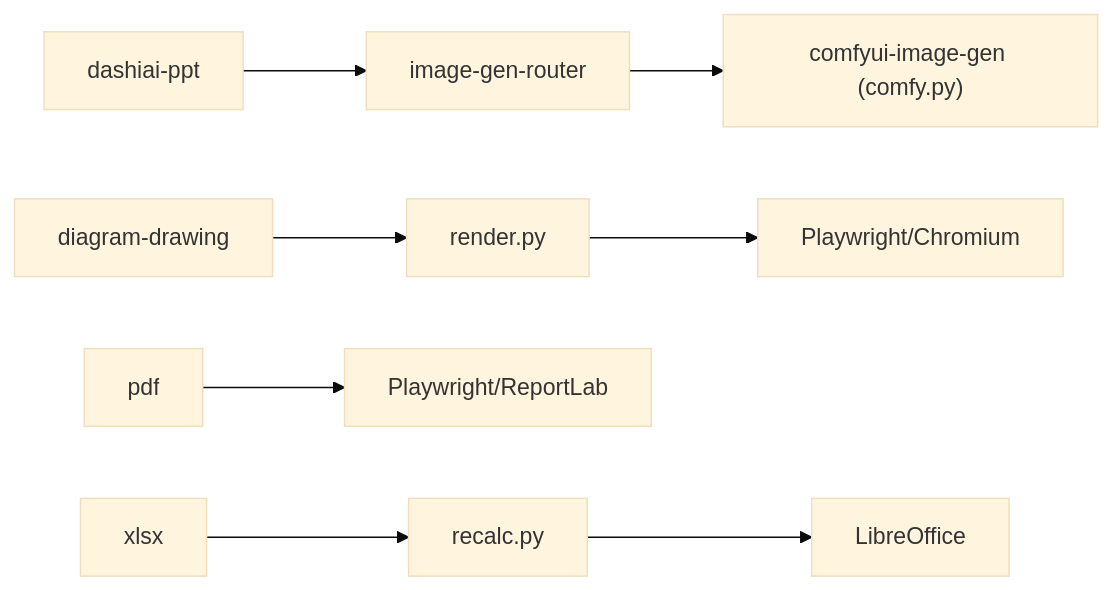
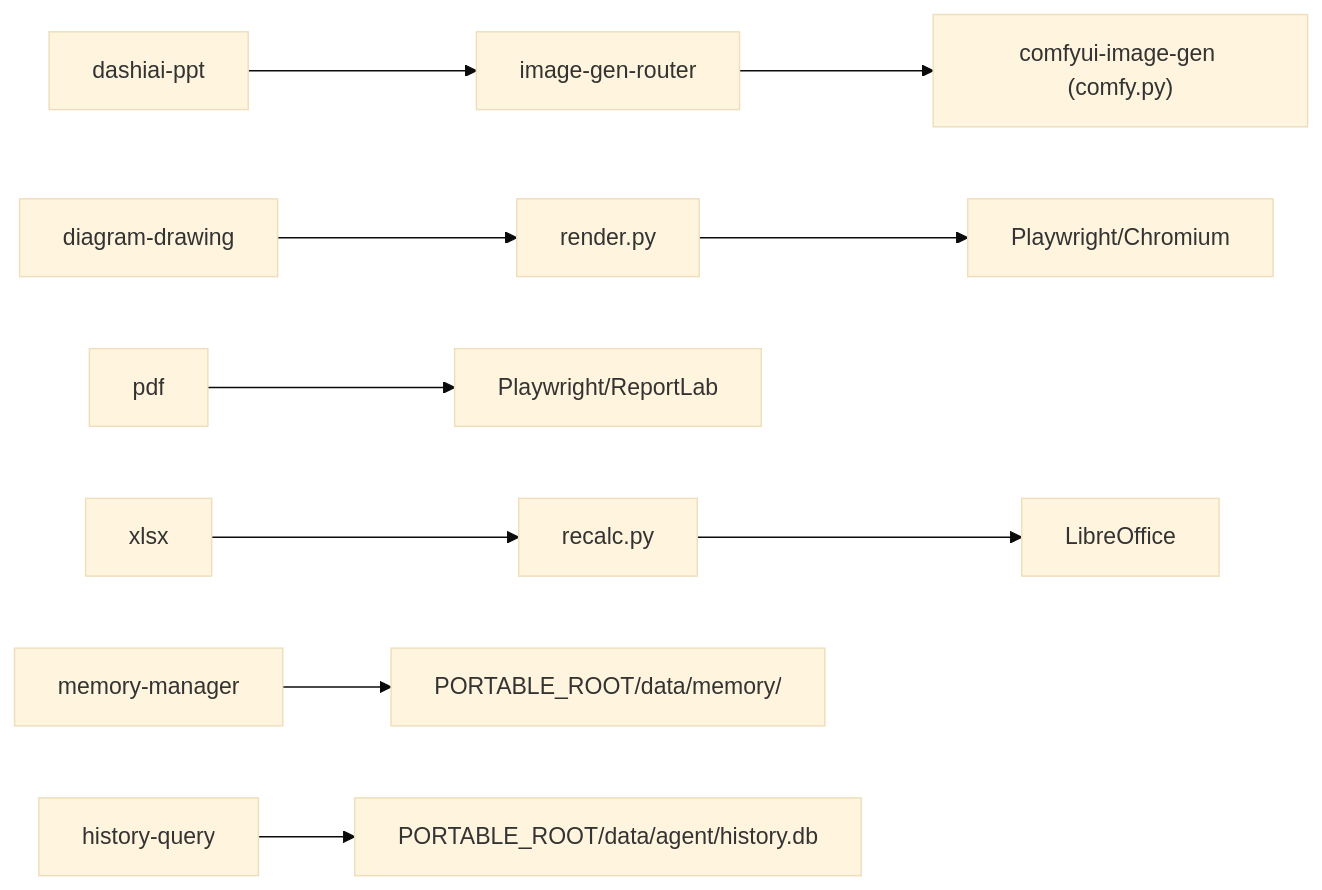
Diagram 11 of 11 in .qoder/repowiki/zh/content/技能系统/技能系统.md (swond-Mao/Tiffa), drawn with Mermaid (base theme) before and after one commit. The commit also changed other lines of this file and 359 other files, not shown here.

````diff
--- a/.qoder/repowiki/zh/content/技能系统/技能系统.md
+++ b/.qoder/repowiki/zh/content/技能系统/技能系统.md
@@ -353,10 +378,12 @@
 ```mermaid
 graph LR
 Dash["dashiai-ppt"] --> Router["image-gen-router"]
 Router --> Comfy["comfyui-image-gen (comfy.py)"]
 Diagram["diagram-drawing"] --> Render["render.py"]
 Render --> Browser["Playwright/Chromium"]
 PDF["pdf"] --> Cover["Playwright/ReportLab"]
 XLSX["xlsx"] --> Recalc["recalc.py"]
 Recalc --> LO["LibreOffice"]
+Memory["memory-manager"] --> PortRoot["PORTABLE_ROOT/data/memory/"]
+History["history-query"] --> DB["PORTABLE_ROOT/data/agent/history.db"]
 ```
````
